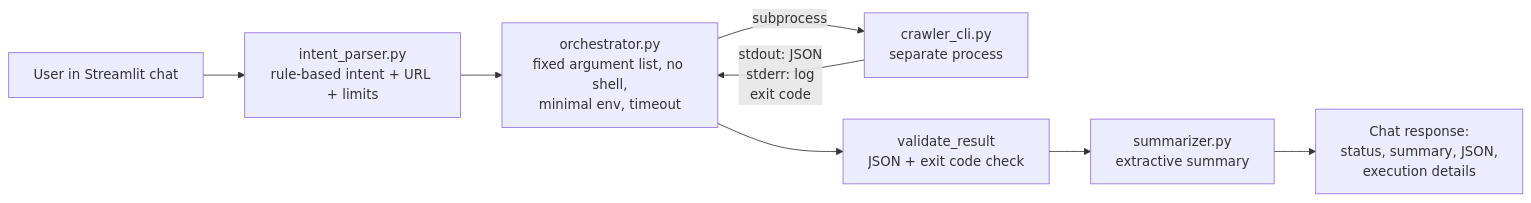
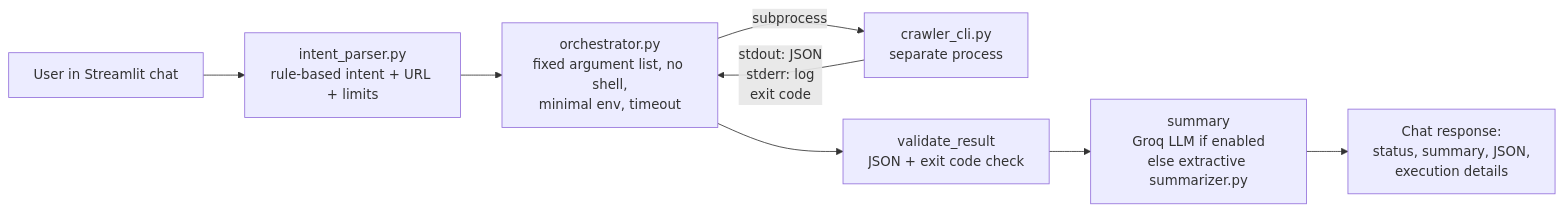
One commit to vishnuvardhan5337/TaskPilot-AI changed the diagram in README.md. Above: the diagram before and after it, drawn with Mermaid. The commit also changed other lines of this file and 7 other files, not shown here.

Commit message:
Add optional Groq LLM summaries and follow-up questions

````diff
--- a/README.md
+++ b/README.md
@@ -11,10 +13,10 @@
 ```mermaid
 flowchart LR
     U[User in Streamlit chat] --> I[intent_parser.py<br/>rule-based intent + URL + limits]
     I --> O[orchestrator.py<br/>fixed argument list, no shell,<br/>minimal env, timeout]
     O -- subprocess --> C[crawler_cli.py<br/>separate process]
     C -- stdout: JSON<br/>stderr: log<br/>exit code --> O
     O --> V[validate_result<br/>JSON + exit code check]
-    V --> S[summarizer.py<br/>extractive summary]
+    V --> S[summary<br/>Groq LLM if enabled<br/>else extractive summarizer.py]
     S --> R[Chat response:<br/>status, summary, JSON,<br/>execution details]
 ```
````
